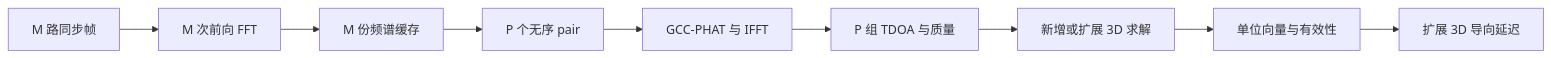
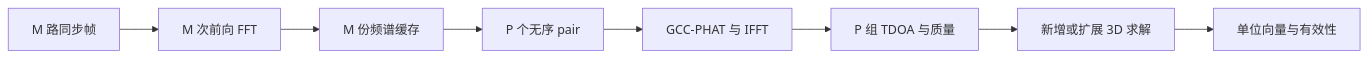
One commit to TophBeifong1744/SoundSight changed the first of 3 diagrams in document/history/three-dimensional-doa-engineering-guide.md. Above: the diagram before and after it, drawn with Mermaid. The commit also changed other lines of this file and 86 other files, not shown here.

````diff
--- a/document/history/three-dimensional-doa-engineering-guide.md
+++ b/document/history/three-dimensional-doa-engineering-guide.md
@@ -60,11 +51,10 @@
 ```mermaid
 flowchart LR
     S[M 路同步帧] --> F[M 次前向 FFT]
     F --> C[M 份频谱缓存]
     C --> P[P 个无序 pair]
     P --> G[GCC-PHAT 与 IFFT]
     G --> T[P 组 TDOA 与质量]
     T --> D[新增或扩展 3D 求解]
     D --> V[单位向量与有效性]
-    V --> B[扩展 3D 导向延迟]
 ```
````
